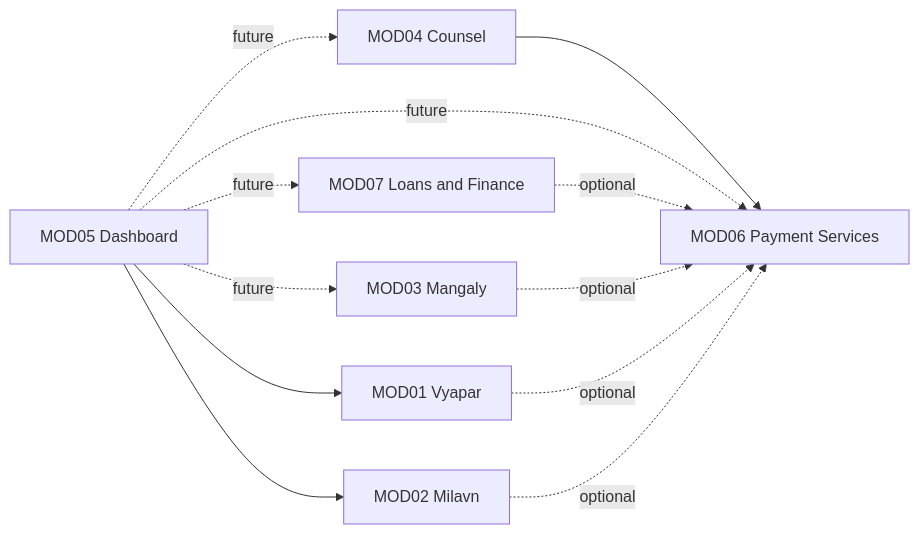
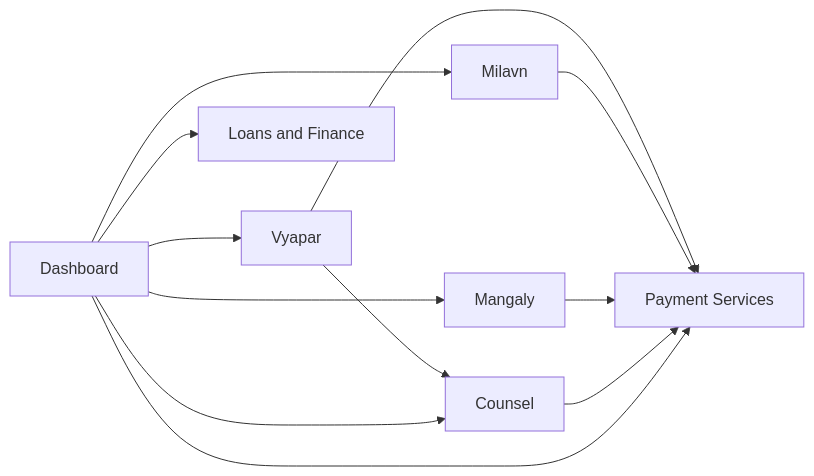
One commit to krishnakategaruai/forkhatri changed the diagram in modules/modules.md. Above: the diagram before and after it, drawn with Mermaid. The commit also changed other lines of this file and 79 other files, not shown here.

````diff
--- a/modules/modules.md
+++ b/modules/modules.md
@@ -313,14 +322,14 @@
 ```mermaid
 graph LR
-  MOD05[MOD05 Dashboard] --> MOD01[MOD01 Vyapar]
-  MOD05 --> MOD02[MOD02 Milavn]
-  MOD04[MOD04 Counsel] --> MOD06[MOD06 Payment Services]
-  MOD05 -.future.-> MOD03[MOD03 Mangaly]
-  MOD05 -.future.-> MOD04
-  MOD05 -.future.-> MOD06
-  MOD05 -.future.-> MOD07[MOD07 Loans and Finance]
-  MOD07 -.optional.-> MOD06
-  MOD03 -.optional.-> MOD06
-  MOD01 -.optional.-> MOD06
-  MOD02 -.optional.-> MOD06
+  MOD01[Vyapar] --> MOD06[Payment Services]
+  MOD01 --> MOD04[Counsel]
+  MOD02[Milavn] --> MOD06
+  MOD03[Mangaly] --> MOD06
+  MOD04 --> MOD06
+  MOD05[Dashboard] --> MOD01
+  MOD05 --> MOD02
+  MOD05 --> MOD03
+  MOD05 --> MOD04
+  MOD05 --> MOD06
+  MOD05 --> MOD07[Loans and Finance]
 ```
````
